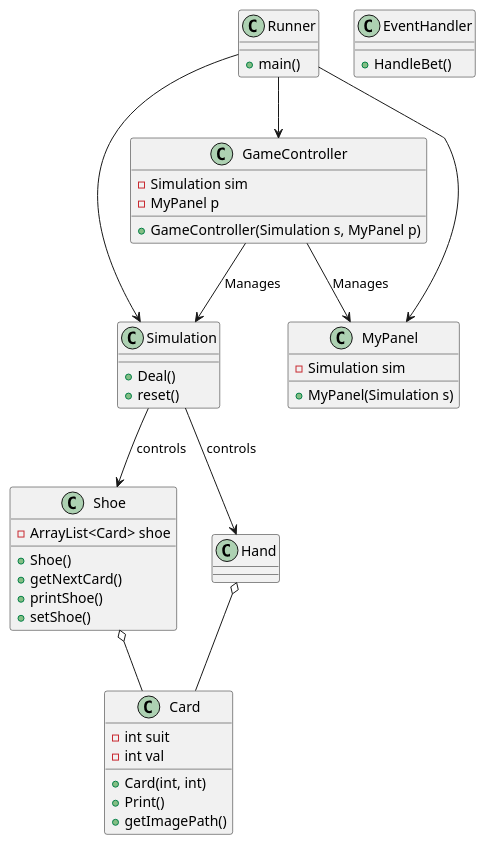
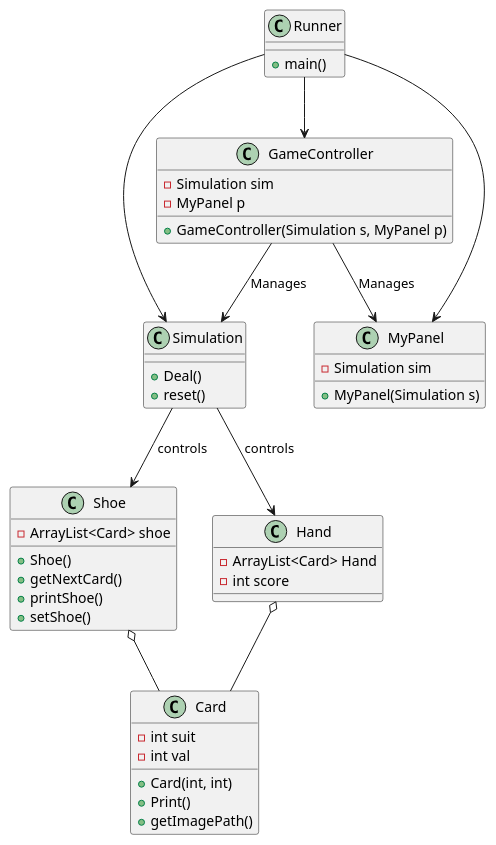
Before and after one commit to Zach-Farrell/blackjack-game: the diagram in src/support/uml/project.puml, drawn with PlantUML. The commit also changed 1 other file, not shown here.

Commit message:
added version to the github raw uml file link to update readme properly. Also added details to uml.

```diff
--- a/src/support/uml/project.puml
+++ b/src/support/uml/project.puml
@@ -1,56 +1,54 @@
 @startuml
 class Shoe {
     -ArrayList<Card> shoe
     +Shoe()
     +getNextCard()
     +printShoe()
     +setShoe()
 }
 
 class Card {
     +Card(int, int)
     +Print()
     +getImagePath()
     -int suit
     -int val
 }
 
 class Simulation {
     +Deal()
     +reset()
 
 }
 
-class EventHandler {
-    +HandleBet()
-}
-
 class MyPanel {
     +MyPanel(Simulation s)
     -Simulation sim
 }
 
 class Runner {
 	+main()
 }
 
 class GameController {
     +GameController(Simulation s, MyPanel p)
     -Simulation sim
     -MyPanel p
 }
 
 class Hand {
-
+    -ArrayList<Card> Hand
+    -int score
+    
 }
 
 Shoe o-- Card
 Hand o-- Card
 Simulation --> Shoe : controls
 Simulation --> Hand : controls
 Runner --> MyPanel
 Runner --> Simulation
 Runner --> GameController
 GameController --> MyPanel : Manages
 GameController --> Simulation : Manages
 @enduml
```
